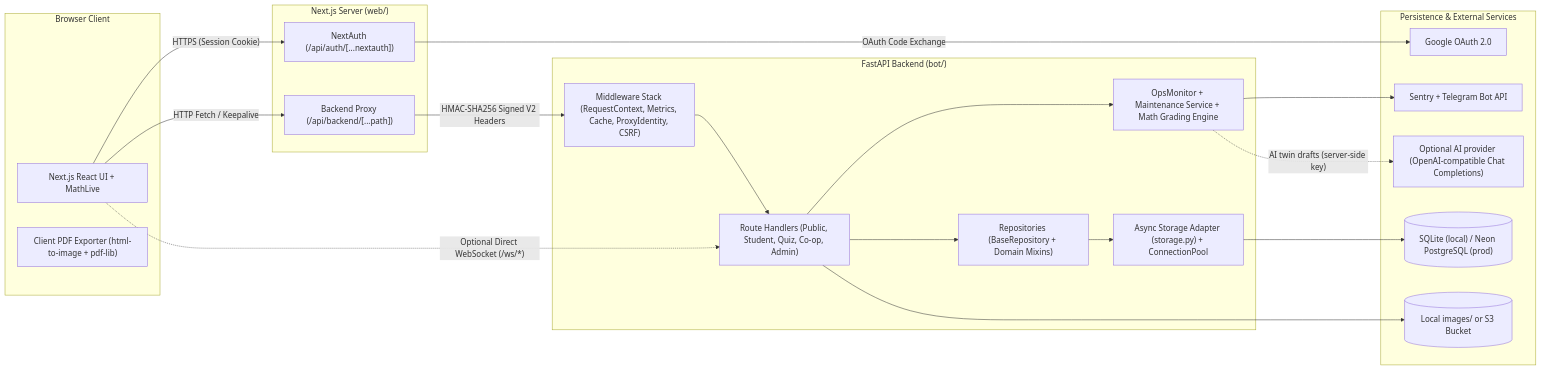
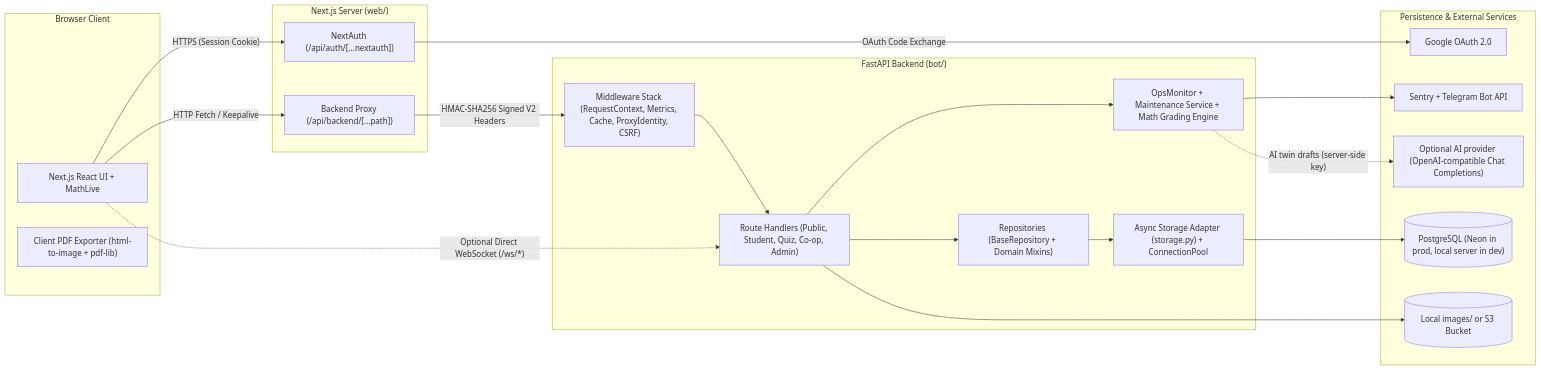
One commit to ernurreen-rgb/mathbott changed the diagram in docs/architecture/system-overview.md. Above: the diagram before and after it, drawn with Mermaid. The commit also changed other lines of this file and 89 other files, not shown here.

First line of the commit message:
refactor(db): run the backend on PostgreSQL only

````diff
--- a/docs/architecture/system-overview.md
+++ b/docs/architecture/system-overview.md
@@ -11,42 +11,42 @@
 ```mermaid
 flowchart LR
     subgraph Client["Browser Client"]
         UI["Next.js React UI + MathLive"]
         PDF["Client PDF Exporter (html-to-image + pdf-lib)"]
     end
 
     subgraph Edge["Next.js Server (web/)"]
         NextAuth["NextAuth (/api/auth/[...nextauth])"]
         Proxy["Backend Proxy (/api/backend/[...path])"]
     end
 
     subgraph API["FastAPI Backend (bot/)"]
         MW["Middleware Stack (RequestContext, Metrics, Cache, ProxyIdentity, CSRF)"]
         Routes["Route Handlers (Public, Student, Quiz, Co-op, Admin)"]
         Services["OpsMonitor + Maintenance Service + Math Grading Engine"]
         Repos["Repositories (BaseRepository + Domain Mixins)"]
         Storage["Async Storage Adapter (storage.py) + ConnectionPool"]
     end
 
     subgraph Infra["Persistence & External Services"]
-        DB[("SQLite (local) / Neon PostgreSQL (prod)")]
+        DB[("PostgreSQL (Neon in prod, local server in dev)")]
         Img[("Local images/ or S3 Bucket")]
         OAuth["Google OAuth 2.0"]
         Sentry["Sentry + Telegram Bot API"]
         AI["Optional AI provider (OpenAI-compatible Chat Completions)"]
     end
 
     UI -->|"HTTPS (Session Cookie)"| NextAuth
     NextAuth -->|"OAuth Code Exchange"| OAuth
     UI -->|"HTTP Fetch / Keepalive"| Proxy
     Proxy -->|"HMAC-SHA256 Signed V2 Headers"| MW
     UI -.->|"Optional Direct WebSocket (/ws/*)"| Routes
     MW --> Routes
     Routes --> Services
     Routes --> Repos
     Repos --> Storage
     Storage --> DB
     Routes --> Img
     Services --> Sentry
     Services -.->|"AI twin drafts (server-side key)"| AI
 ```
````
